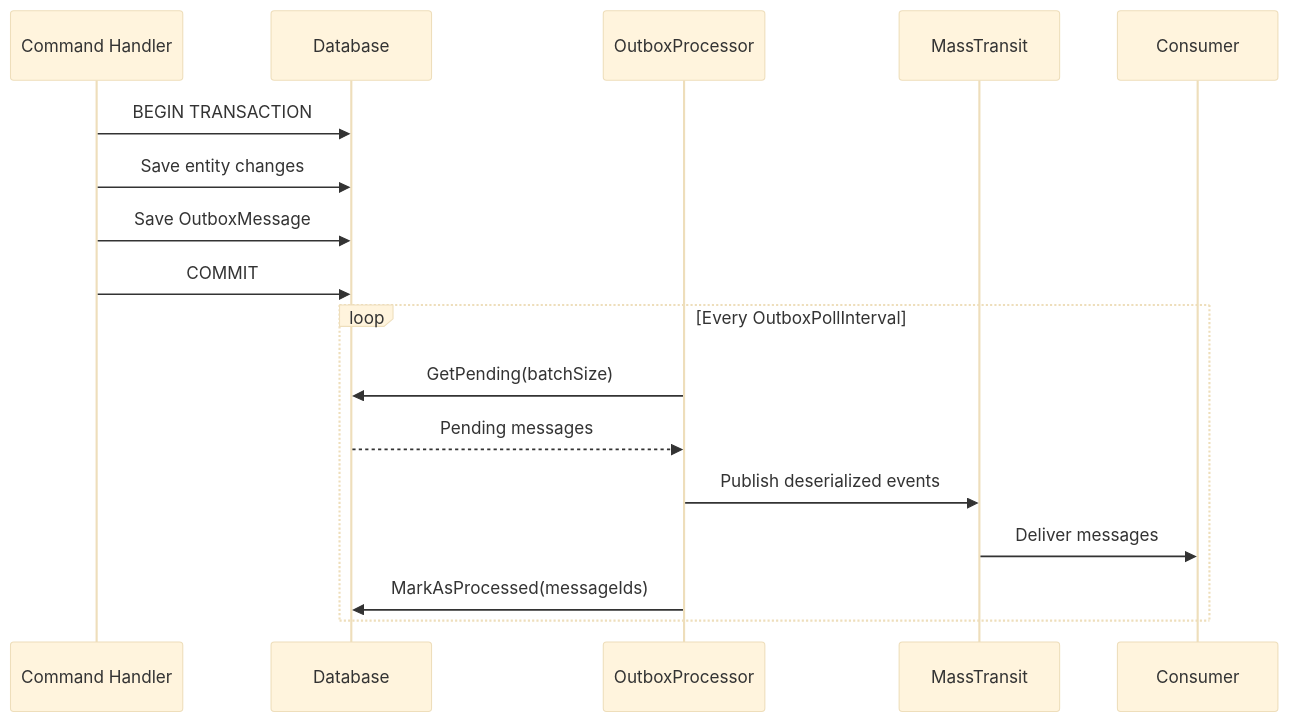
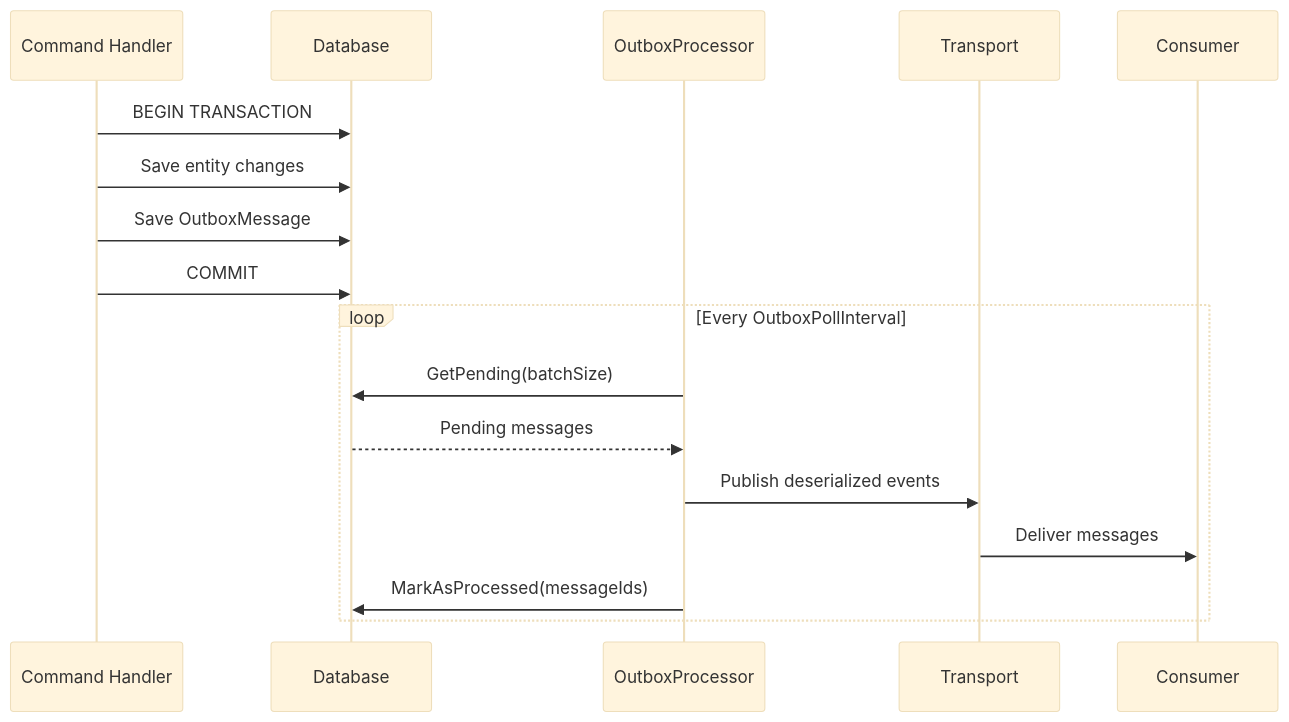
Before and after one commit to AdamWyatt34/Modulus: the first of 2 diagrams in docs/messaging/outbox-pattern.md, drawn with Mermaid (base theme). The commit also changed other lines of this file and 24 other files, not shown here.

First line of the commit message:
docs: sweep MassTransit references and add migration guide

````diff
--- a/docs/messaging/outbox-pattern.md
+++ b/docs/messaging/outbox-pattern.md
@@ -25,21 +25,21 @@
 ```mermaid
 sequenceDiagram
     participant Handler as Command Handler
     participant DB as Database
     participant Outbox as OutboxProcessor
-    participant Bus as MassTransit
+    participant Bus as Transport
     participant Consumer as Consumer
 
     Handler->>DB: BEGIN TRANSACTION
     Handler->>DB: Save entity changes
     Handler->>DB: Save OutboxMessage
     Handler->>DB: COMMIT
 
     loop Every OutboxPollInterval
         Outbox->>DB: GetPending(batchSize)
         DB-->>Outbox: Pending messages
         Outbox->>Bus: Publish deserialized events
         Bus->>Consumer: Deliver messages
         Outbox->>DB: MarkAsProcessed(messageIds)
     end
 ```
````
